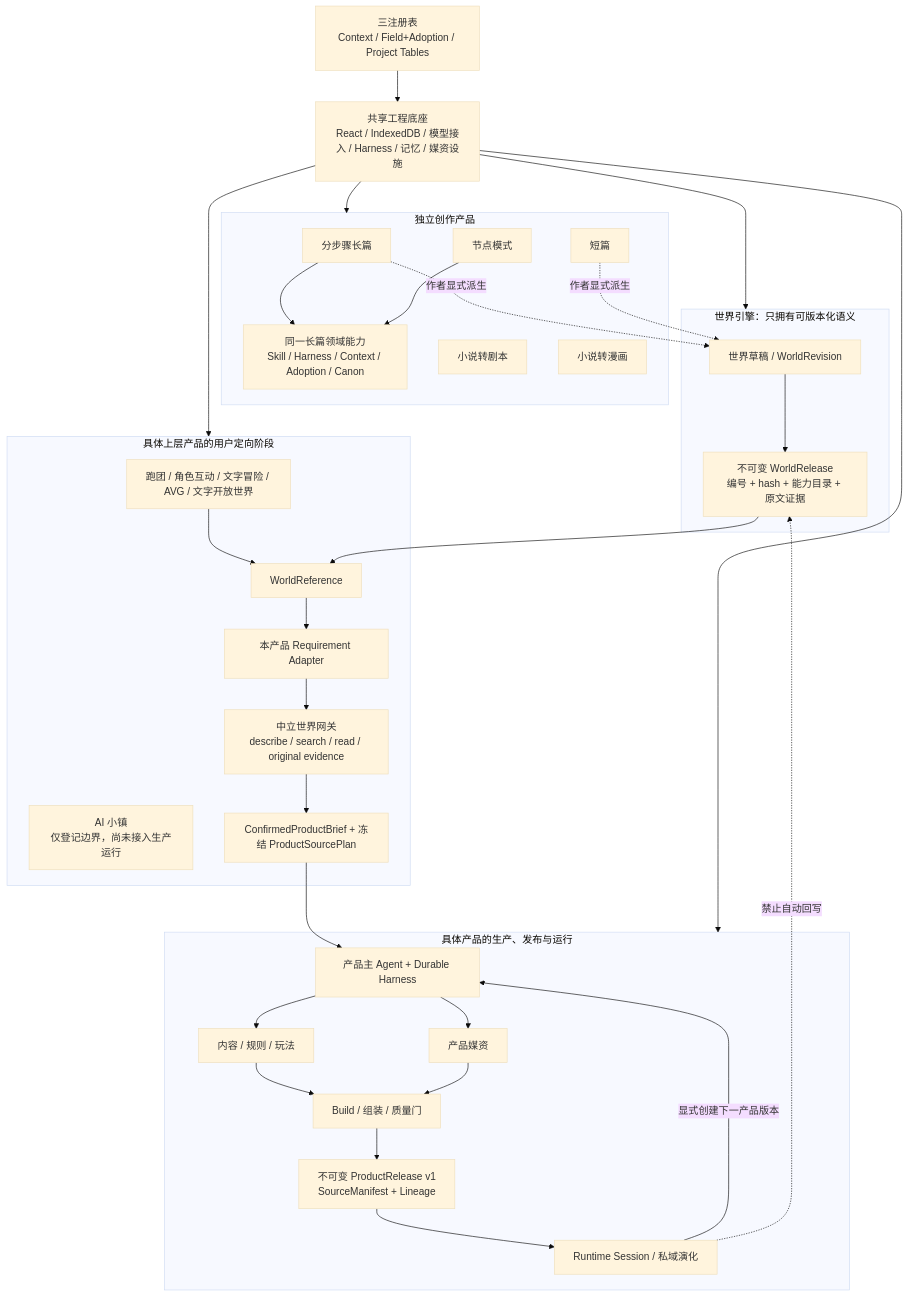
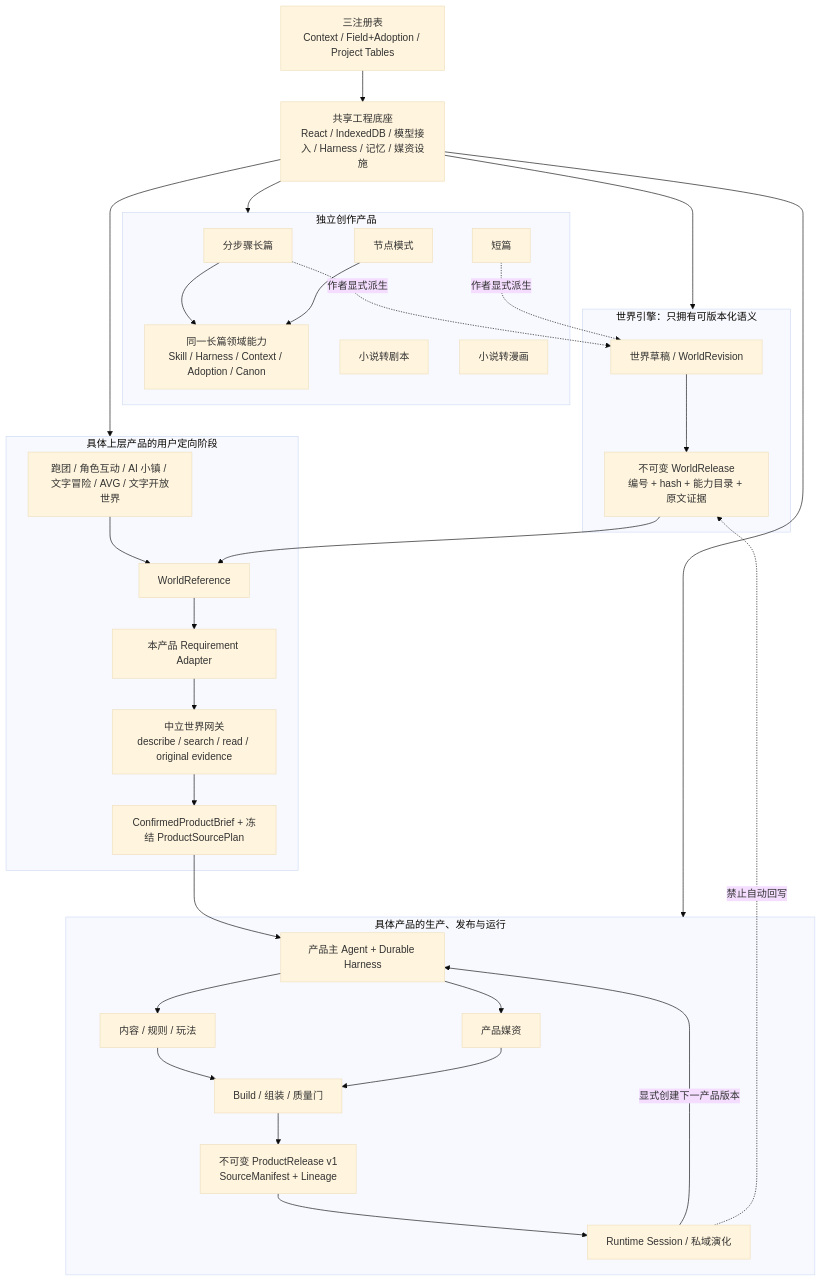
One commit to yuanbw2025/storyforge changed the first of 2 diagrams in docs/ARCHITECTURE.md. Above: the diagram before and after it, drawn with Mermaid (base theme). The commit also changed other lines of this file and 49 other files, not shown here.

````diff
--- a/docs/ARCHITECTURE.md
+++ b/docs/ARCHITECTURE.md
@@ -20,54 +20,53 @@
 ```mermaid
 flowchart TB
   subgraph I["独立创作产品"]
     L["分步骤长篇"]
     N["节点模式"]
     LC["同一长篇领域能力\nSkill / Harness / Context / Adoption / Canon"]
     S["短篇"]
     A["小说转剧本"]
     C["小说转漫画"]
     L --> LC
     N --> LC
   end
 
   subgraph W["世界引擎：只拥有可版本化语义"]
     WD["世界草稿 / WorldRevision"] --> WR["不可变 WorldRelease\n编号 + hash + 能力目录 + 原文证据"]
   end
 
   subgraph D["具体上层产品的用户定向阶段"]
-    PI["跑团 / 角色互动 / 文字冒险 / AVG / 文字开放世界"]
-    AI["AI 小镇\n仅登记边界，尚未接入生产运行"]
+    PI["跑团 / 角色互动 / AI 小镇 / 文字冒险 / AVG / 文字开放世界"]
     RF["WorldReference"] --> RA["本产品 Requirement Adapter"]
     RA --> GW["中立世界网关\ndescribe / search / read / original evidence"]
     GW --> BP["ConfirmedProductBrief + 冻结 ProductSourcePlan"]
     PI --> RF
   end
 
   subgraph P["具体产品的生产、发布与运行"]
     H["产品主 Agent + Durable Harness"]
     CT["内容 / 规则 / 玩法"]
     M["产品媒资"]
     B["Build / 组装 / 质量门"]
     PR["不可变 ProductRelease v1\nSourceManifest + Lineage"]
     RT["Runtime Session / 私域演化"]
     BP --> H
     H --> CT
     H --> M
     CT --> B
     M --> B
     B --> PR
     PR --> RT
     RT -->|"显式创建下一产品版本"| H
   end
 
   F["共享工程底座\nReact / IndexedDB / 模型接入 / Harness / 记忆 / 媒资设施"]
   R["三注册表\nContext / Field+Adoption / Project Tables"] --> F
   F --> I
   F --> W
   F --> D
   F --> P
   L -. "作者显式派生" .-> WD
   S -. "作者显式派生" .-> WD
   WR --> RF
   RT -. "禁止自动回写" .-> WR
 ```
````
